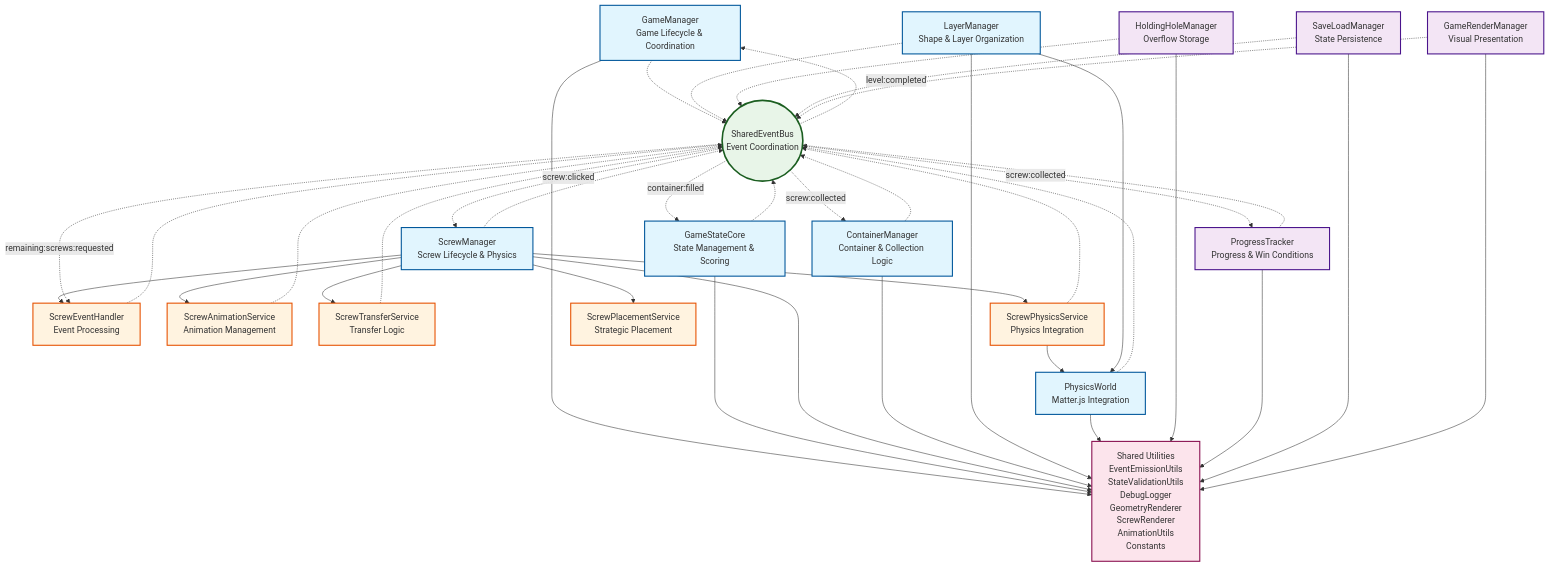
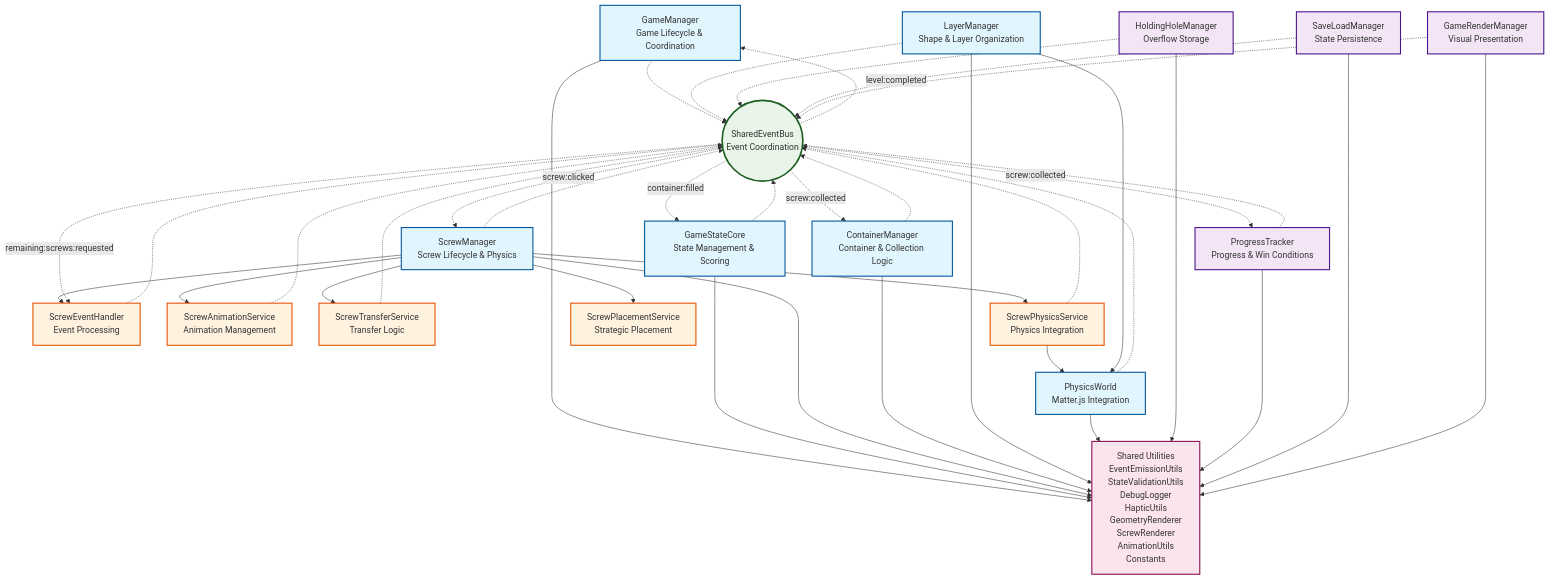
One commit to paulrobello/par-shape-2d changed the first of 4 diagrams in docs/game_architecture.md. Above: the diagram before and after it, drawn with Mermaid. The commit also changed other lines of this file and 3 other files, not shown here.

```diff
--- a/docs/game_architecture.md
+++ b/docs/game_architecture.md
@@ -141,7 +159,7 @@
     ScrewPlacementService[ScrewPlacementService<br/>Strategic Placement]
     
     %% Shared Utilities
-    SharedUtils[Shared Utilities<br/>EventEmissionUtils<br/>StateValidationUtils<br/>DebugLogger<br/>GeometryRenderer<br/>ScrewRenderer<br/>AnimationUtils<br/>Constants]
+    SharedUtils[Shared Utilities<br/>EventEmissionUtils<br/>StateValidationUtils<br/>DebugLogger<br/>HapticUtils<br/>GeometryRenderer<br/>ScrewRenderer<br/>AnimationUtils<br/>Constants]
     
     %% Relationships - Core Management
     GameManager -.-> EventBus
```
